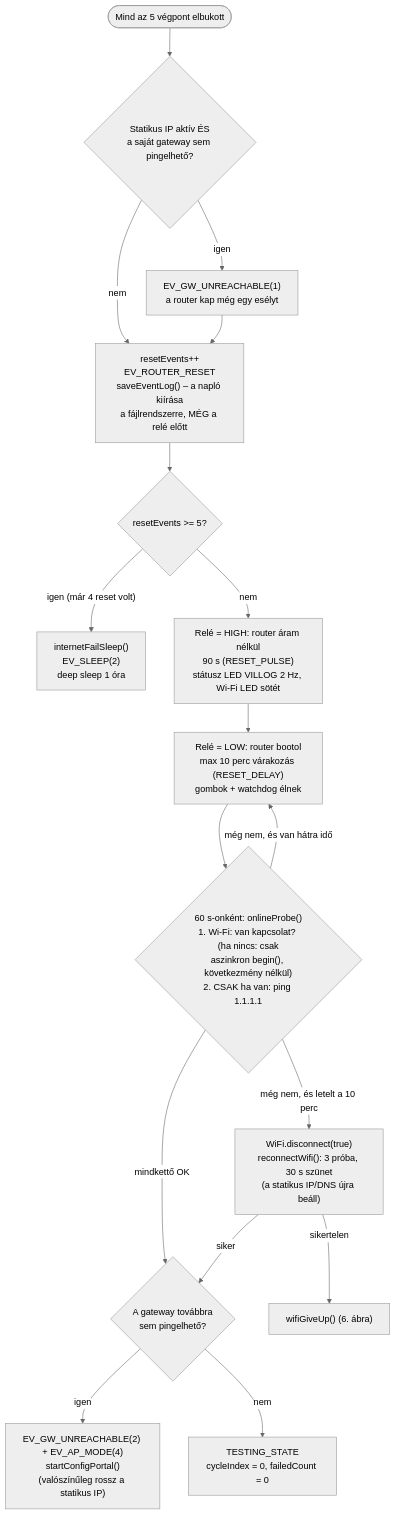
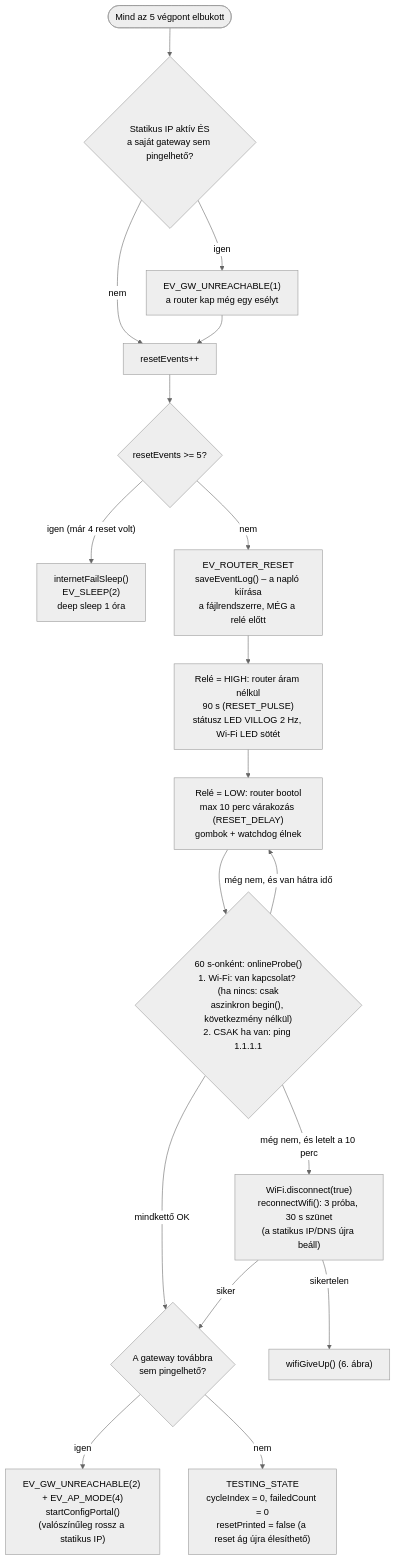
The fifth of 9 diagrams in FOLYAMATABRA.md (manszabi/bazsi-router-reboot), drawn with Mermaid (neutral theme) before and after one commit. The commit also changed other lines of this file, not shown here.

````diff
--- a/FOLYAMATABRA.md
+++ b/FOLYAMATABRA.md
@@ -171,19 +180,20 @@
 ```mermaid
 flowchart TD
     IN([Mind az 5 végpont elbukott]) --> GW1{"Statikus IP aktív ÉS<br>a saját gateway sem pingelhető?"}
     GW1 -->|igen| GWL["EV_GW_UNREACHABLE(1)<br>a router kap még egy esélyt"]
     GW1 -->|nem| CNT
-    GWL --> CNT["resetEvents++<br>EV_ROUTER_RESET<br>saveEventLog() – a napló kiírása<br>a fájlrendszerre, MÉG a relé előtt"]
+    GWL --> CNT["resetEvents++"]
     CNT --> MX{"resetEvents >= 5?"}
     MX -->|"igen (már 4 reset volt)"| NFS["internetFailSleep()<br>EV_SLEEP(2)<br>deep sleep 1 óra"]
-    MX -->|nem| P1["Relé = HIGH: router áram nélkül<br>90 s (RESET_PULSE)<br>státusz LED VILLOG 2 Hz, Wi-Fi LED sötét"]
+    MX -->|nem| LOGSV["EV_ROUTER_RESET<br>saveEventLog() – a napló kiírása<br>a fájlrendszerre, MÉG a relé előtt"]
+    LOGSV --> P1["Relé = HIGH: router áram nélkül<br>90 s (RESET_PULSE)<br>státusz LED VILLOG 2 Hz, Wi-Fi LED sötét"]
     P1 --> P2["Relé = LOW: router bootol<br>max 10 perc várakozás (RESET_DELAY)<br>gombok + watchdog élnek"]
     P2 --> PRB{"60 s-onként: onlineProbe()<br>1. Wi-Fi: van kapcsolat? (ha nincs: csak<br>aszinkron begin(), következmény nélkül)<br>2. CSAK ha van: ping 1.1.1.1"}
     PRB -->|"mindkettő OK"| GW2
     PRB -->|"még nem, és letelt a 10 perc"| P3["WiFi.disconnect(true)<br>reconnectWifi(): 3 próba, 30 s szünet<br>(a statikus IP/DNS újra beáll)"]
     PRB -->|"még nem, és van hátra idő"| P2
     P3 -->|sikertelen| GU["wifiGiveUp() (6. ábra)"]
     P3 -->|siker| GW2{"A gateway továbbra<br>sem pingelhető?"}
     GW2 -->|igen| APX["EV_GW_UNREACHABLE(2) + EV_AP_MODE(4)<br>startConfigPortal()<br>(valószínűleg rossz a statikus IP)"]
-    GW2 -->|nem| OK["TESTING_STATE<br>cycleIndex = 0, failedCount = 0"]
+    GW2 -->|nem| OK["TESTING_STATE<br>cycleIndex = 0, failedCount = 0<br>resetPrinted = false (a reset ág újra élesíthető)"]
 ```
````
